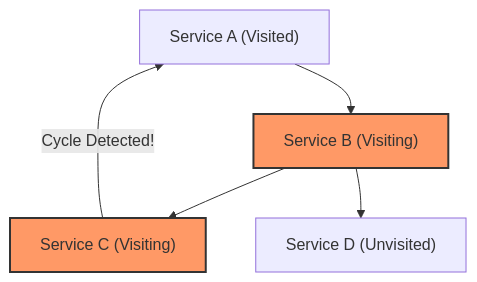
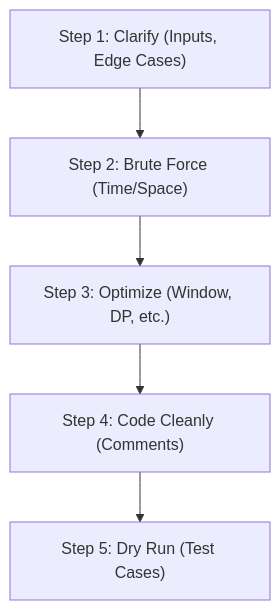
Before and after one commit to fazleyrabby/backend-engineering-mastery: the diagram in cs-fundamentals/06_algorithms_graphs_dynamic_programming.md, drawn with Mermaid. The commit also changed other lines of this file, not shown here.

````diff
--- a/cs-fundamentals/06_algorithms_graphs_dynamic_programming.md
+++ b/cs-fundamentals/06_algorithms_graphs_dynamic_programming.md
@@ -20,10 +246,7 @@
 ```mermaid
-graph TD
-    A["Service A (Visited)"] --> B["Service B (Visiting)"]
-    B --> C["Service C (Visiting)"]
-    C -->|Cycle Detected!| A
-    B --> D["Service D (Unvisited)"]
-    
-    classDef visiting fill:#f96,stroke:#333,stroke-width:2px;
-    class B,C visiting;
+flowchart TD
+    A["Step 1: Clarify (Inputs, Edge Cases)"] --> B["Step 2: Brute Force (Time/Space)"]
+    B --> C["Step 3: Optimize (Window, DP, etc.)"]
+    C --> D["Step 4: Code Cleanly (Comments)"]
+    D --> E["Step 5: Dry Run (Test Cases)"]
 ```
````
